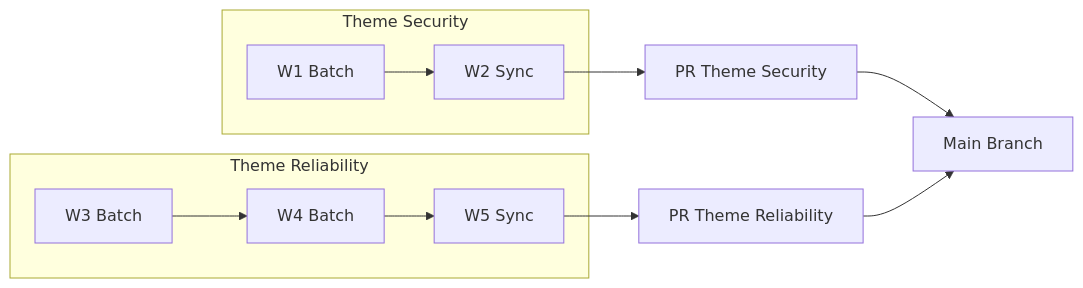
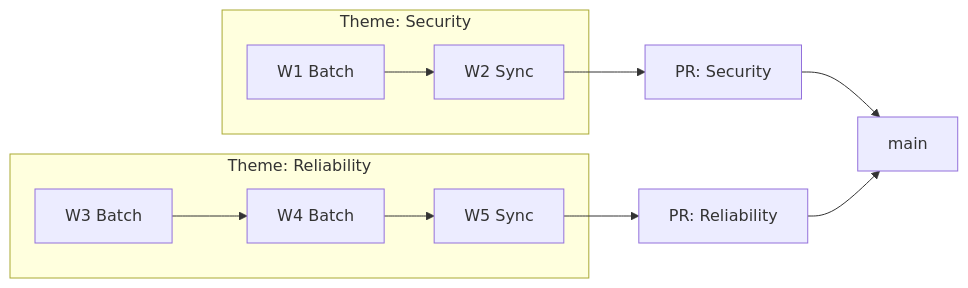
The third of 4 diagrams in README.md (Roberdan/MyConvergio), drawn with Mermaid before and after one commit. The commit also changed other lines of this file, not shown here.

````diff
--- a/README.md
+++ b/README.md
@@ -59,13 +105,13 @@
 ```mermaid
 flowchart LR
-    subgraph T1[Theme Security]
+    subgraph T1[Theme: Security]
         W1[W1 Batch] --> W2[W2 Sync]
     end
-    subgraph T2[Theme Reliability]
+    subgraph T2[Theme: Reliability]
         W3[W3 Batch] --> W4[W4 Batch] --> W5[W5 Sync]
     end
-    W2 --> PR1[PR Theme Security]
-    W5 --> PR2[PR Theme Reliability]
-    PR1 --> MAIN[Main Branch]
+    W2 --> PR1[PR: Security]
+    W5 --> PR2[PR: Reliability]
+    PR1 --> MAIN[main]
     PR2 --> MAIN
 ```
````
